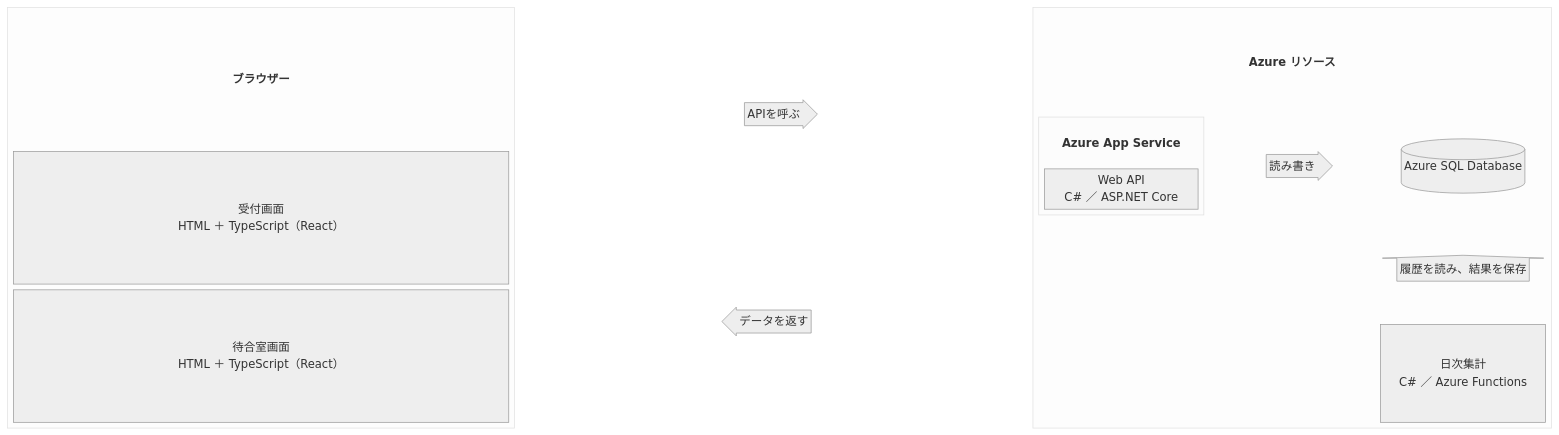
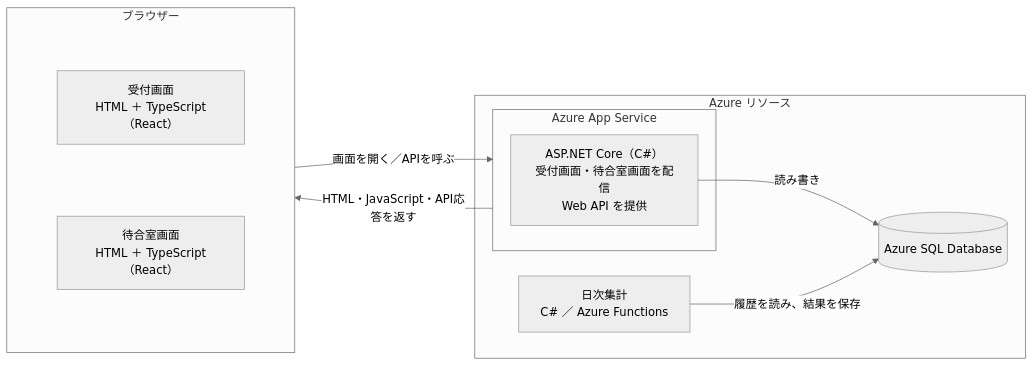
Before and after one commit to 238endo/WaitingRoom: the second of 2 diagrams in docs/詳細設計.md, drawn with Mermaid (neutral theme). The commit also changed other lines of this file and 1 other file, not shown here.

````diff
--- a/docs/詳細設計.md
+++ b/docs/詳細設計.md
@@ -47,33 +35,19 @@
 ```mermaid
-block
-    columns 3
-    block:Browser
-        columns 1
-        BrowserTitle["ブラウザー"]
-        Reception["受付画面<br/>HTML ＋ TypeScript（React）"]
-        Waiting["待合室画面<br/>HTML ＋ TypeScript（React）"]
+flowchart LR
+    subgraph Browser["ブラウザー"]
+        subgraph Screens[" "]
+            direction TB
+            R["受付画面<br/>HTML ＋ TypeScript（React）"] ~~~ W["待合室画面<br/>HTML ＋ TypeScript（React）"]
+        end
     end
-    block:Communication
-        columns 1
-        Request<["APIを呼ぶ"]>(right)
-        Response<["データを返す"]>(left)
+    subgraph Azure["Azure リソース"]
+        subgraph App[Azure App Service]
+            A["ASP.NET Core（C#）<br/>受付画面・待合室画面を配信<br/>Web API を提供"]
+        end
+        A -->|読み書き| D[(Azure SQL Database)]
+        F["日次集計<br/>C# ／ Azure Functions"] -->|履歴を読み、結果を保存| D
     end
-    block:Azure
-        columns 3
-        AzureTitle["Azure リソース"]:3
-        block:App
-            columns 1
-            AppTitle["Azure App Service"]
-            Api["Web API<br/>C# ／ ASP.NET Core"]
-        end
-        ReadWrite<["読み書き"]>(right)
-        Database[("Azure SQL Database")]
-        space:2
-        Aggregate<["履歴を読み、結果を保存"]>(up)
-        space:2
-        Functions["日次集計<br/>C# ／ Azure Functions"]
-    end
-    classDef heading fill:transparent,stroke:transparent,font-weight:bold
-    class BrowserTitle,AzureTitle,AppTitle heading
-    style Communication fill:transparent,stroke:transparent
+    Browser -->|画面を開く／APIを呼ぶ| App
+    App -->|HTML・JavaScript・API応答を返す| Browser
+    style Screens fill:none,stroke:none
 ```
````
